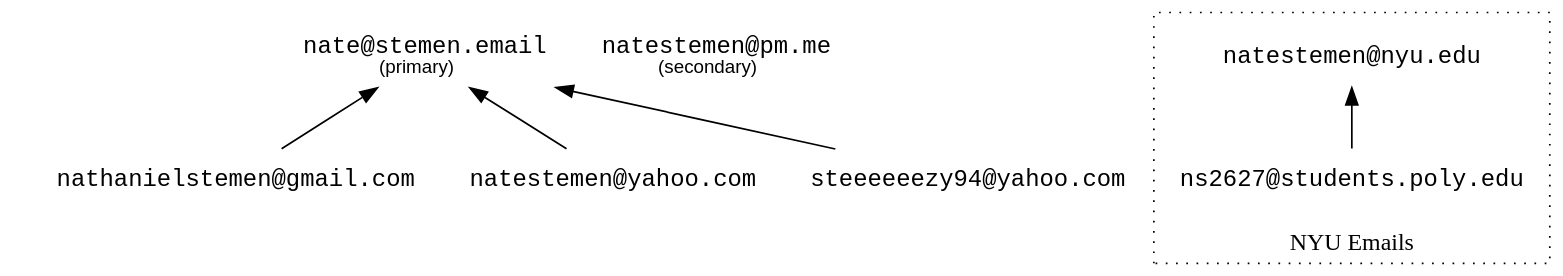
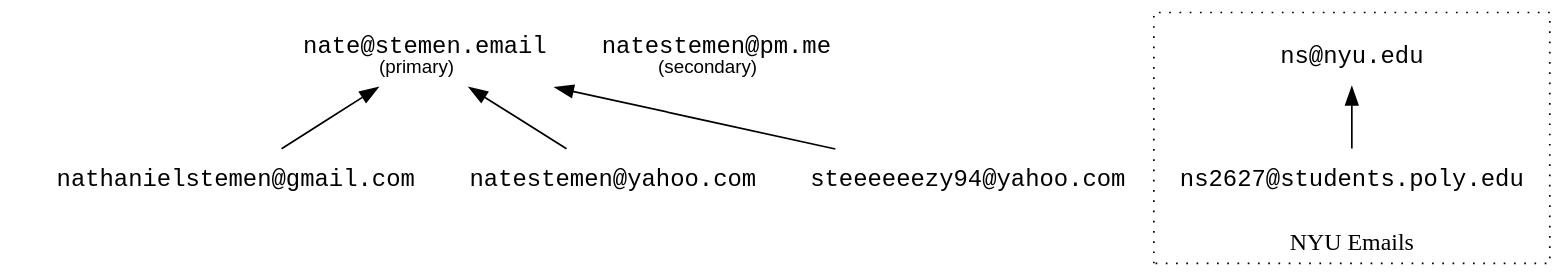
One commit to natestemen/stemen.email changed the diagram in email.dot. Above: the diagram before and after it, drawn with Graphviz.

Commit message:
got the shorter version ;)

```diff
--- a/email.dot
+++ b/email.dot
@@ -1,38 +1,38 @@
 digraph emailForwarding {
   rankdir=BT;
   graph [bgcolor=transparent]
   node [shape=plaintext, fontname=Courier];
 
   // make invisible ranks
   rank1 [style=invisible];
   rank2 [style=invisible];
   rank1 -> rank2 [color=transparent];
 
   yahoo     [label="natestemen@yahoo.com"];
   gmail     [label="nathanielstemen@gmail.com"];
   steezy    [label="steeeeeezy94@yahoo.com"]
   main      [label=<nate@stemen.email<BR/><FONT FACE="Helvetica" POINT-SIZE="11">(primary)</FONT>>]
-  nyu       [label="natestemen@nyu.edu"]
+  nyu       [label="ns@nyu.edu"]
   poly      [label="ns2627@students.poly.edu"]
   secondary [label=<natestemen@pm.me<BR/><FONT FACE="Helvetica" POINT-SIZE="11">(secondary)</FONT>>]
 
   gmail  -> main;
   yahoo  -> main;
   steezy -> main;
 
   subgraph cluster_nyu {
     graph [style=dotted];
     poly -> nyu;
     label="NYU Emails";
   }
 
   {rank = same; main; secondary;}
   {
     rank = same;
     rank1 -> gmail -> yahoo -> steezy [ style=invis ];
   }
   {
     rank = same;
     rank2 -> main -> secondary [ style=invis ];
   }
 }
```
